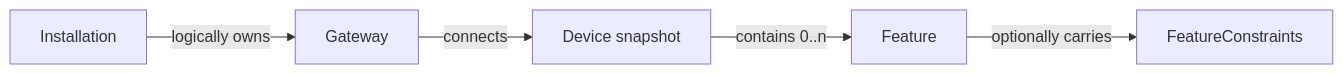
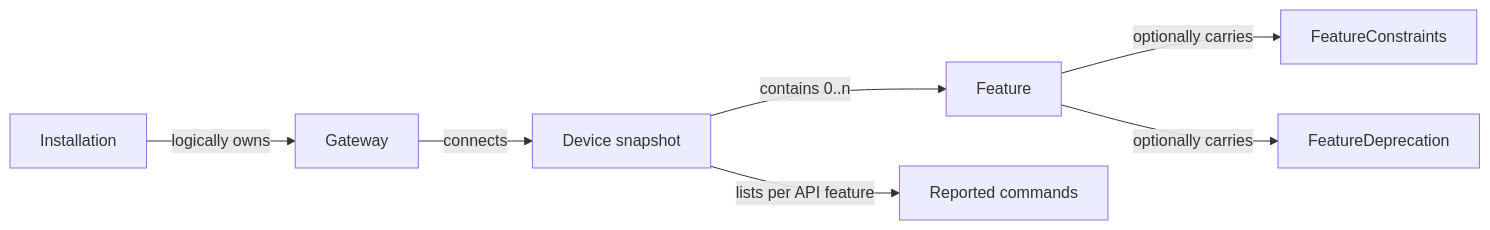
The third of 13 diagrams in docs/08_architecture.md (ignazhabibi/vi_api_client), drawn with Mermaid before and after one commit. The commit also changed other lines of this file and 24 other files, not shown here.

````diff
--- a/docs/08_architecture.md
+++ b/docs/08_architecture.md
@@ -279,7 +279,9 @@
 ```mermaid
 flowchart LR
     Installation -->|"logically owns"| Gateway
     Gateway -->|"connects"| Device["Device snapshot"]
     Device -->|"contains 0..n"| Feature
+    Device -->|"lists per API feature"| Commands["Reported commands"]
     Feature -->|"optionally carries"| Constraints["FeatureConstraints"]
+    Feature -->|"optionally carries"| Deprecation["FeatureDeprecation"]
 ```
````
